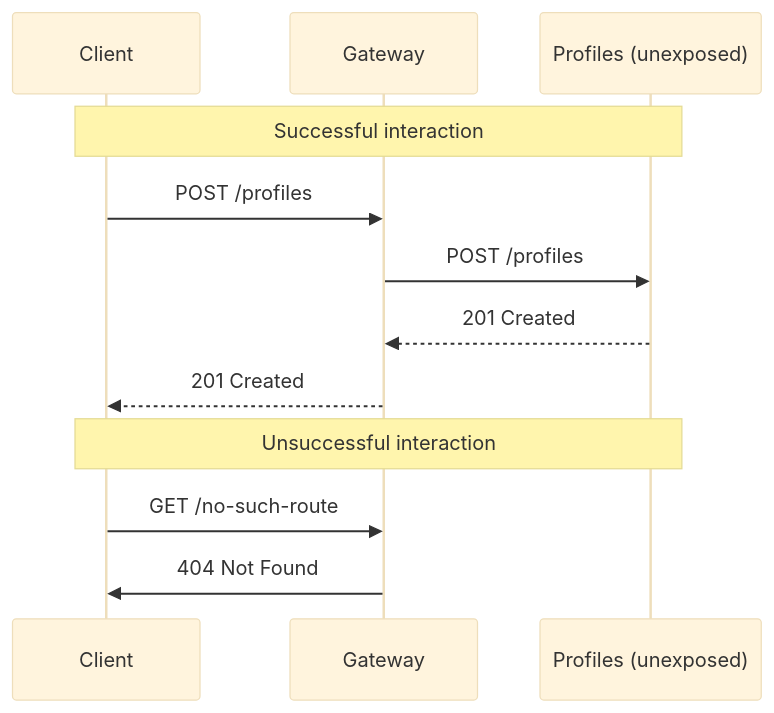
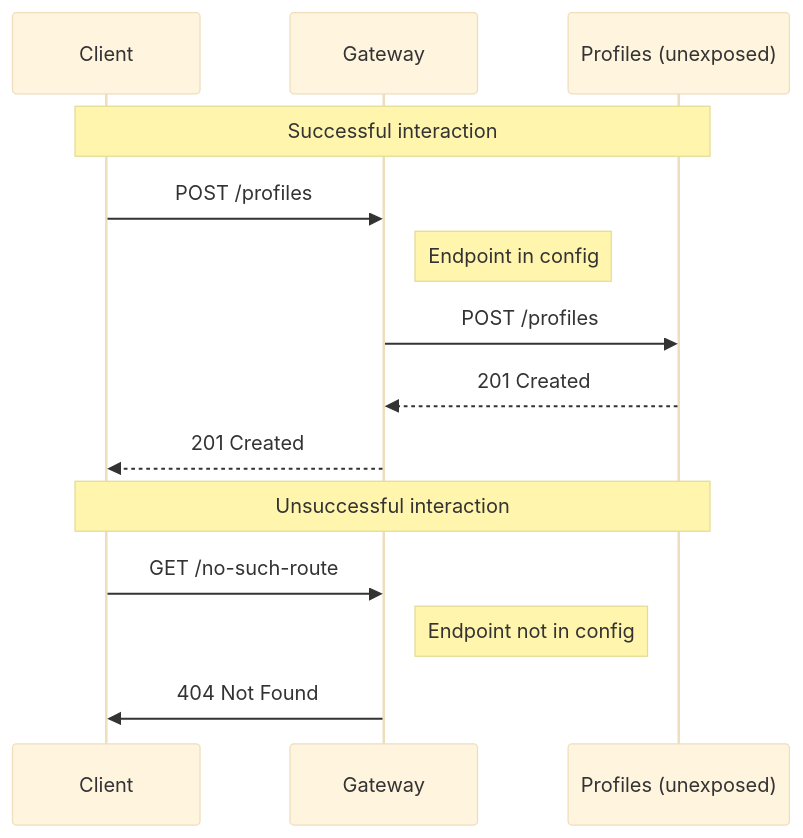
Before and after one commit to Lemonpill/dockerized-gateway: the diagram in README.md, drawn with Mermaid (base theme).

Commit message:
update SD

````diff
--- a/README.md
+++ b/README.md
@@ -28,14 +28,16 @@
 ```mermaid
 sequenceDiagram  
  participant  C as Client
  participant  G as Gateway
  participant  S as Profiles (unexposed)
  Note over C,S: Successful interaction
  C->>G: POST /profiles
+ Note right of G: Endpoint in config
  G->>S: POST /profiles
  S-->>G: 201 Created
  G-->>C: 201 Created
  Note over C,S: Unsuccessful interaction
  C->>G: GET /no-such-route
+ Note right of G: Endpoint not in config
  G->>C: 404 Not Found
 ```
````
